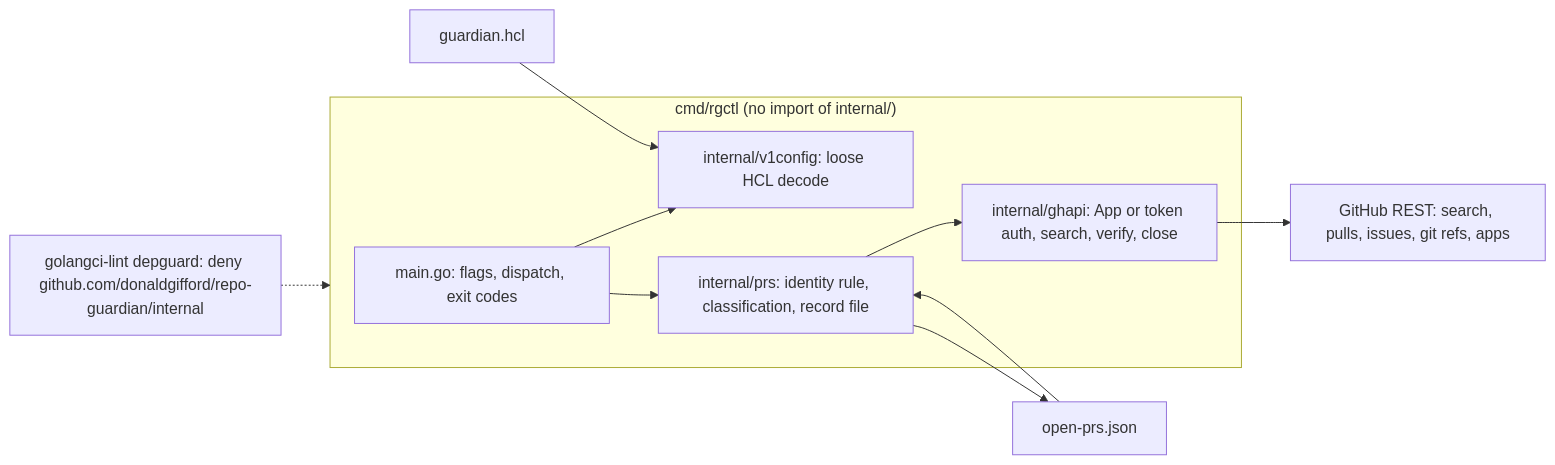
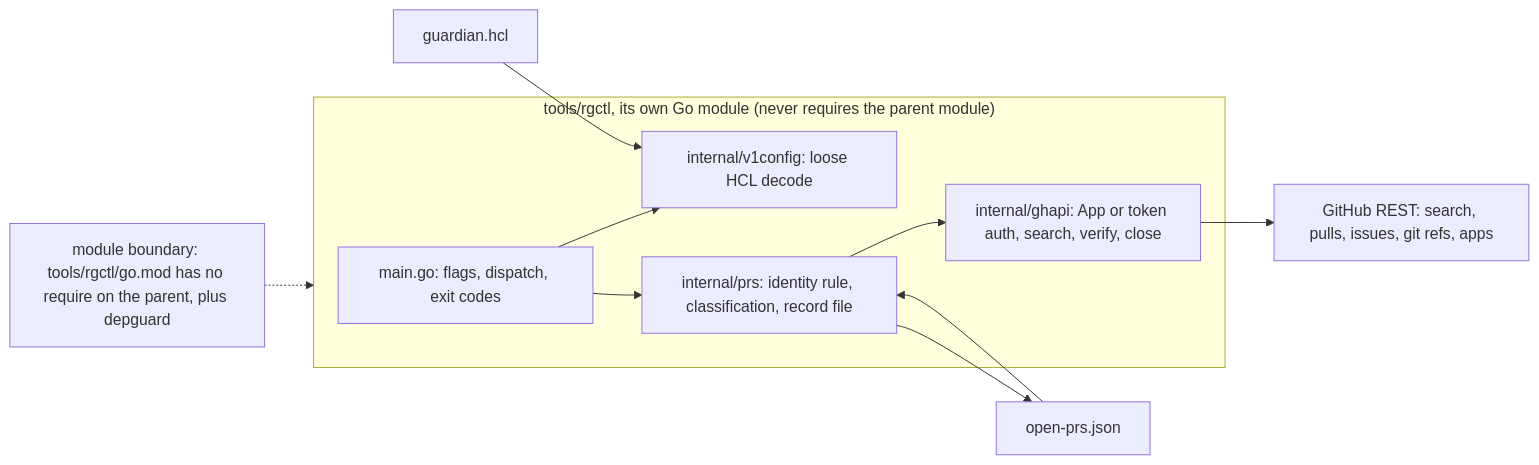
Before and after one commit to donaldgifford/repo-guardian: the first of 3 diagrams in docs/design/0035-rgctl-a-standalone-cli-to-inspect-v1-policy-and-find-or-close.md, drawn with Mermaid. The commit also changed other lines of this file, not shown here.

First line of the commit message:
docs(design): DESIGN-0035 lives in tools/rgctl as its own Go module

````diff
--- a/docs/design/0035-rgctl-a-standalone-cli-to-inspect-v1-policy-and-find-or-close.md
+++ b/docs/design/0035-rgctl-a-standalone-cli-to-inspect-v1-policy-and-find-or-close.md
@@ -87,17 +87,17 @@
 ```mermaid
 flowchart LR
-    subgraph tool["cmd/rgctl (no import of internal/)"]
+    subgraph tool["tools/rgctl, its own Go module (never requires the parent module)"]
         main["main.go: flags, dispatch, exit codes"]
         cfg["internal/v1config: loose HCL decode"]
         gh["internal/ghapi: App or token auth, search, verify, close"]
         prs["internal/prs: identity rule, classification, record file"]
         main --> cfg
         main --> prs
         prs --> gh
     end
     hcl["guardian.hcl"] --> cfg
     gh --> api["GitHub REST: search, pulls, issues, git refs, apps"]
     prs --> rec["open-prs.json"]
     rec --> prs
-    lint["golangci-lint depguard: deny github.com/donaldgifford/repo-guardian/internal"] -.-> tool
+    lint["module boundary: tools/rgctl/go.mod has no require on the parent, plus depguard"] -.-> tool
 ```
````
